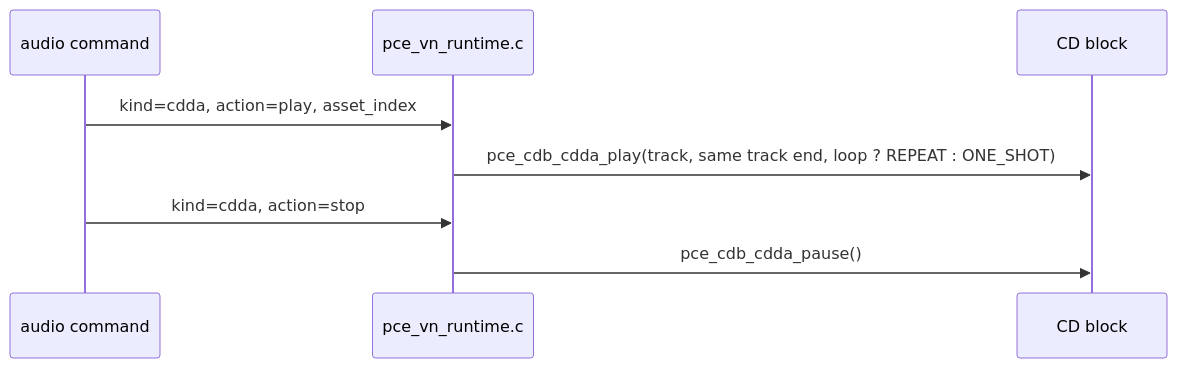
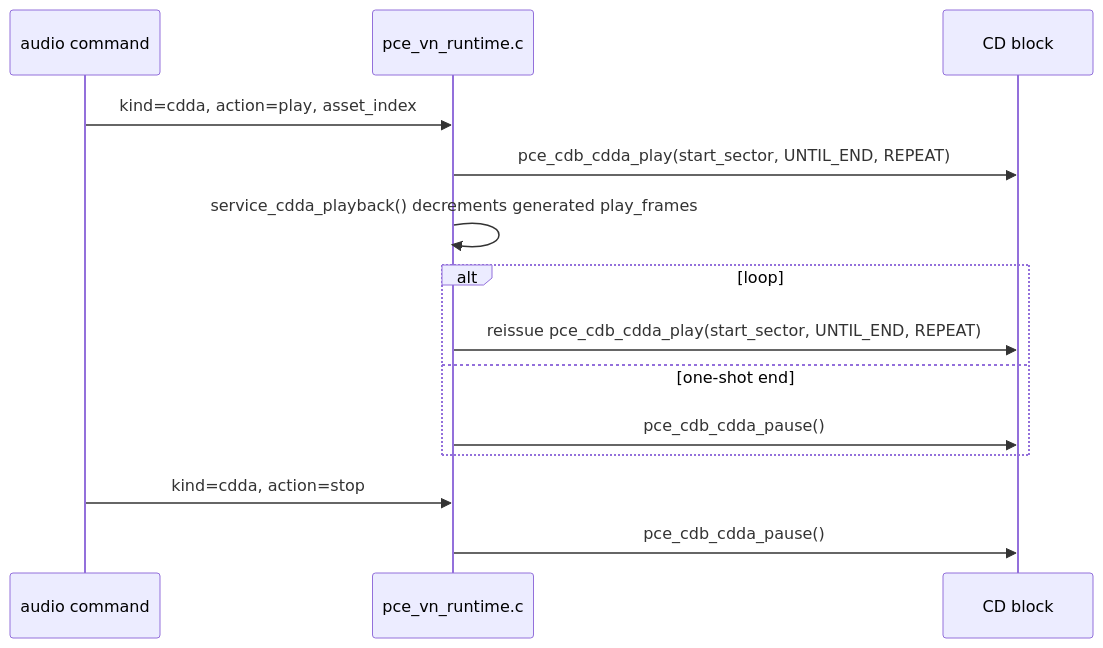
The sixth of 6 diagrams in docs/pce-media-programming-guide.md (HOSSIE-JP/pce-game-editor), drawn with Mermaid before and after one commit. The commit also changed other lines of this file and 17 other files, not shown here.

````diff
--- a/docs/pce-media-programming-guide.md
+++ b/docs/pce-media-programming-guide.md
@@ -629,10 +641,16 @@
 ```mermaid
 sequenceDiagram
   participant Scene as audio command
   participant RT as pce_vn_runtime.c
   participant CDB as CD block
   Scene->>RT: kind=cdda, action=play, asset_index
-  RT->>CDB: pce_cdb_cdda_play(track, same track end, loop ? REPEAT : ONE_SHOT)
+  RT->>CDB: pce_cdb_cdda_play(start_sector, UNTIL_END, REPEAT)
+  RT->>RT: service_cdda_playback() decrements generated play_frames
+  alt loop
+    RT->>CDB: reissue pce_cdb_cdda_play(start_sector, UNTIL_END, REPEAT)
+  else one-shot end
+    RT->>CDB: pce_cdb_cdda_pause()
+  end
   Scene->>RT: kind=cdda, action=stop
   RT->>CDB: pce_cdb_cdda_pause()
 ```
````
